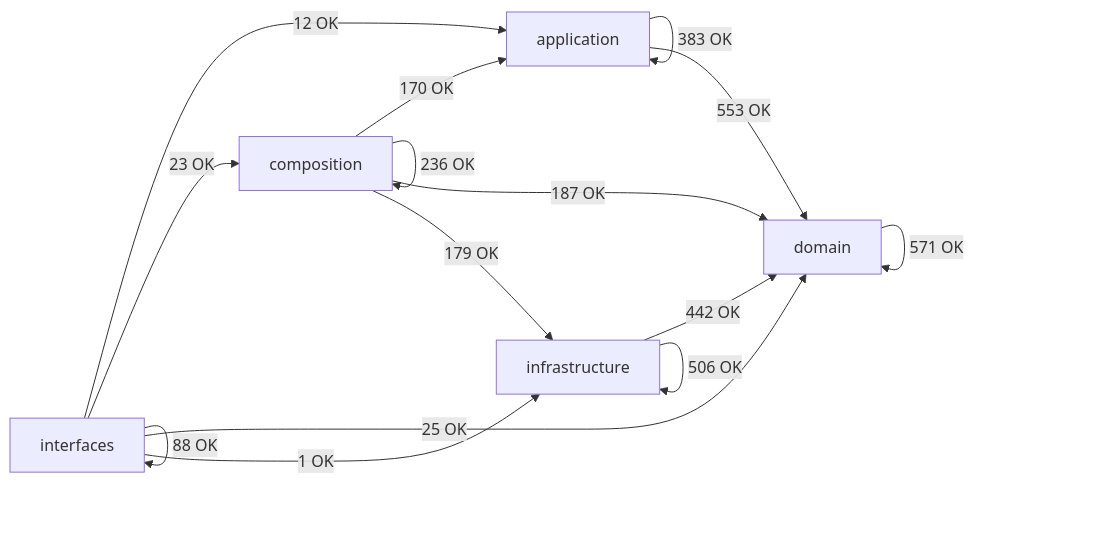
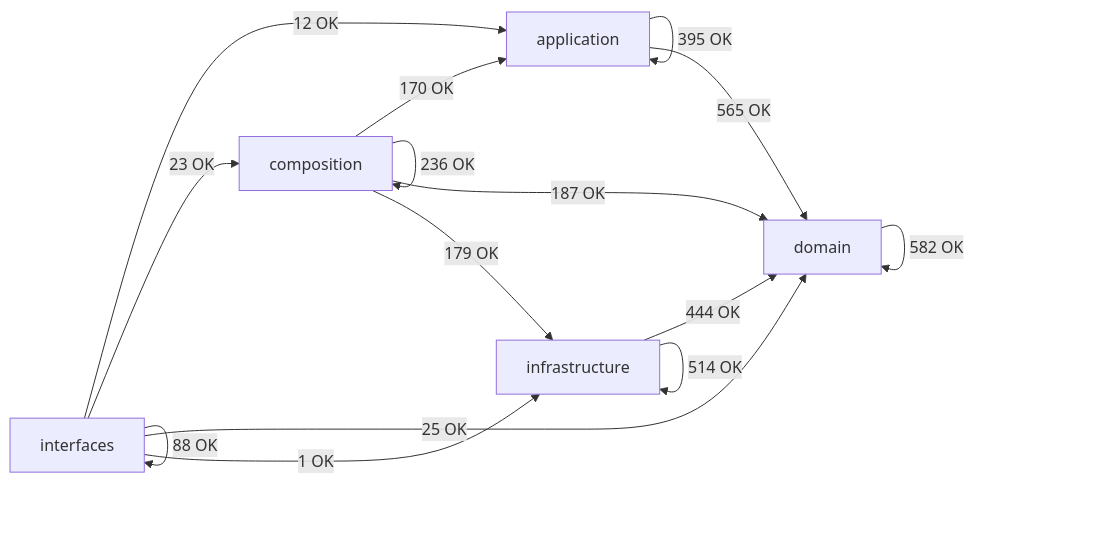
The diagram in docs/02-architecture/generated/module-dependency-map.md (SatoryKono/BioactivityDataAcquisition), drawn with Mermaid before and after one commit. The commit also changed other lines of this file and 19 other files, not shown here.

First line of the commit message:
refactor(metrics): reduce size and complexity of architecture metric exemptions configuration

````diff
--- a/docs/02-architecture/generated/module-dependency-map.md
+++ b/docs/02-architecture/generated/module-dependency-map.md
@@ -15,22 +15,22 @@
 ```mermaid
 flowchart LR
     domain[domain]
     application[application]
     infrastructure[infrastructure]
     composition[composition]
     interfaces[interfaces]
-    application -->|383 OK| application
-    application -->|553 OK| domain
+    application -->|395 OK| application
+    application -->|565 OK| domain
     composition -->|170 OK| application
     composition -->|236 OK| composition
     composition -->|187 OK| domain
     composition -->|179 OK| infrastructure
-    domain -->|571 OK| domain
-    infrastructure -->|442 OK| domain
-    infrastructure -->|506 OK| infrastructure
+    domain -->|582 OK| domain
+    infrastructure -->|444 OK| domain
+    infrastructure -->|514 OK| infrastructure
     interfaces -->|12 OK| application
     interfaces -->|23 OK| composition
     interfaces -->|25 OK| domain
     interfaces -->|1 OK| infrastructure
     interfaces -->|88 OK| interfaces
 ```
````
